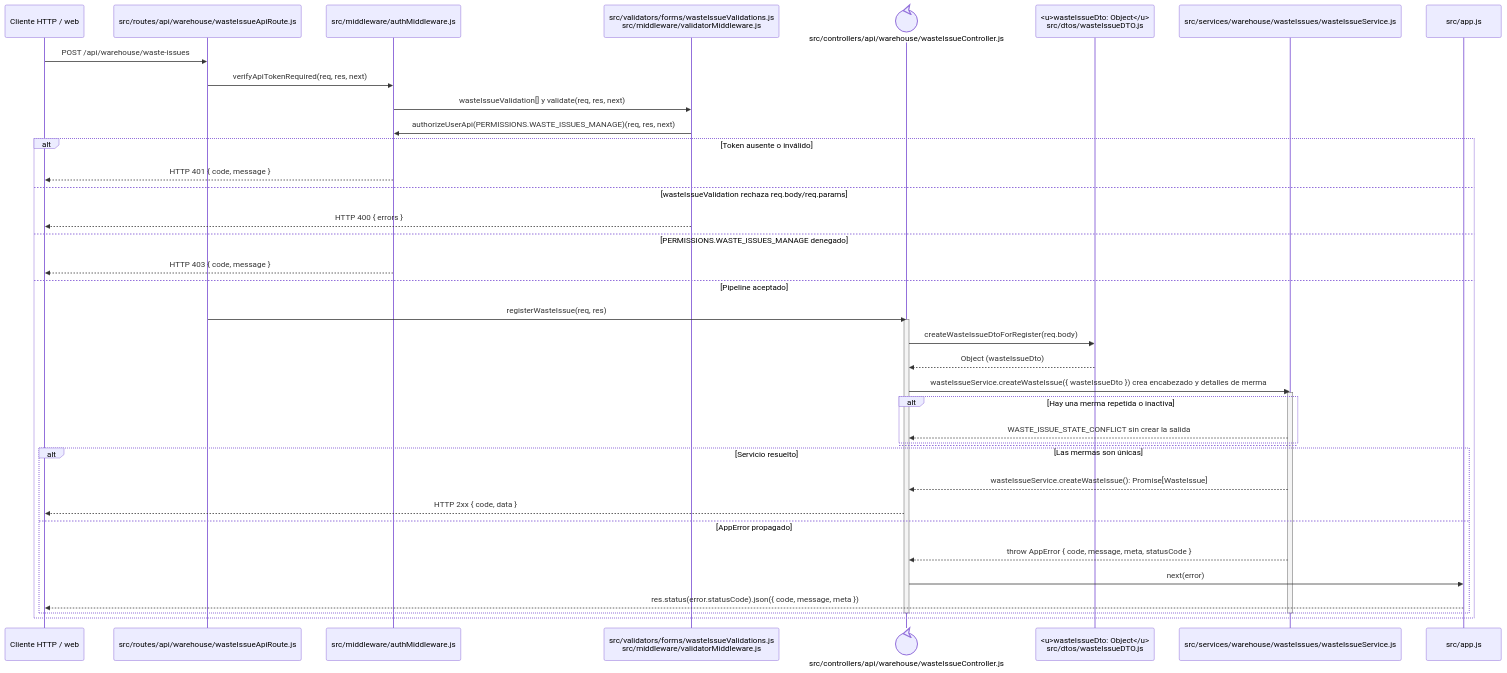
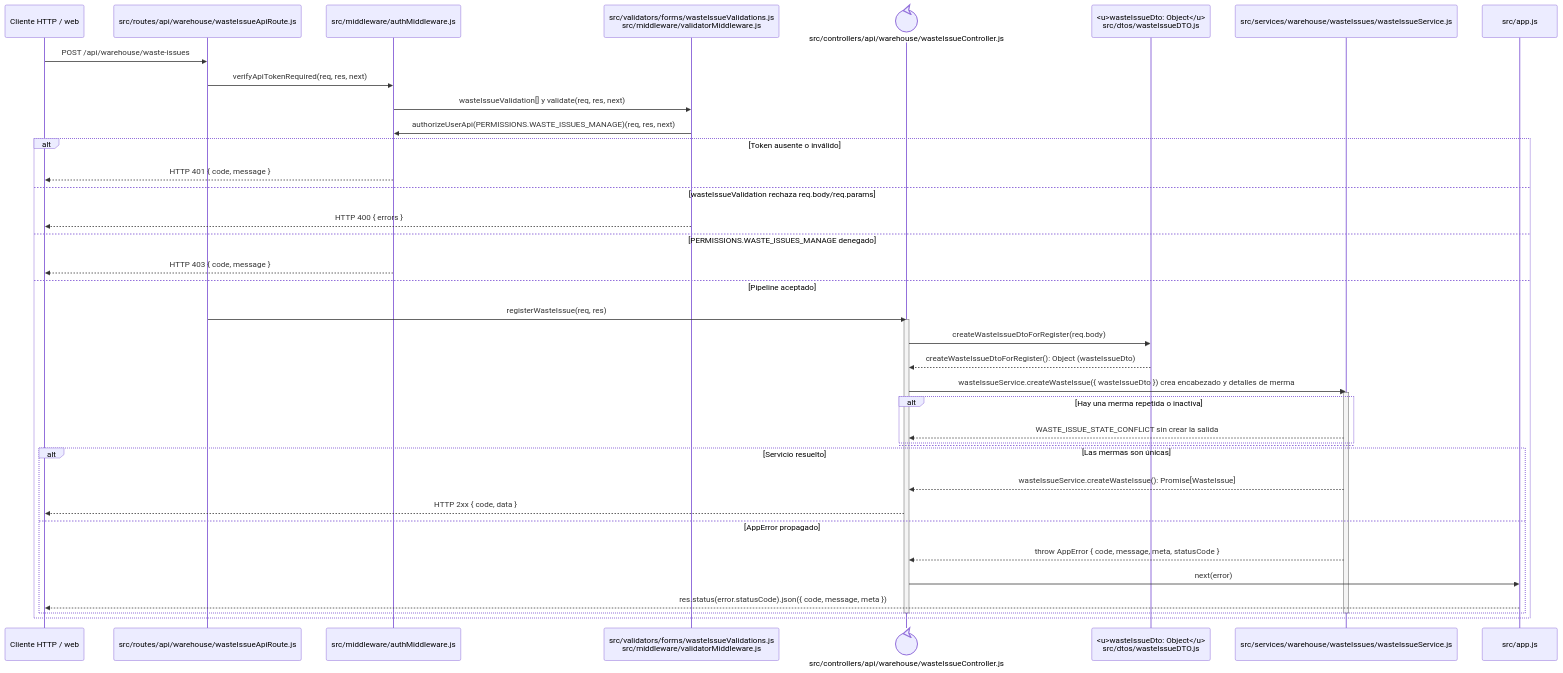
Before and after one commit to gpgsistemas01/nexus: the diagram in docs/architecture/backend-code-sequences/issues/cu-sal-09.md, drawn with Mermaid. The commit also changed 50 other files, not shown here.

Commit message:
docs: separar llamadas en diagramas de secuencia

````diff
--- a/docs/architecture/backend-code-sequences/issues/cu-sal-09.md
+++ b/docs/architecture/backend-code-sequences/issues/cu-sal-09.md
@@ -6,44 +6,44 @@
 ```mermaid
 sequenceDiagram
     participant Client as Cliente HTTP / web
     participant Route as src/routes/api/warehouse/wasteIssueApiRoute.js
     participant Auth as src/middleware/authMiddleware.js
     participant Validator as src/validators/forms/wasteIssueValidations.js<br/>src/middleware/validatorMiddleware.js
     participant Controller@{ "type": "control" } as src/controllers/api/warehouse/wasteIssueController.js
     participant IssueDto as <u>wasteIssueDto: Object</u><br/>src/dtos/wasteIssueDTO.js
     participant Domain as src/services/warehouse/wasteIssues/wasteIssueService.js
     participant ErrorHandler as src/app.js
 
     Client->>Route: POST /api/warehouse/waste-issues
     Route->>Auth: verifyApiTokenRequired(req, res, next)
     Auth->>Validator: wasteIssueValidation[] y validate(req, res, next)
     Validator->>Auth: authorizeUserApi(PERMISSIONS.WASTE_ISSUES_MANAGE)(req, res, next)
     alt Token ausente o inválido
         Auth-->>Client: HTTP 401 { code, message }
     else wasteIssueValidation rechaza req.body/req.params
         Validator-->>Client: HTTP 400 { errors }
     else PERMISSIONS.WASTE_ISSUES_MANAGE denegado
         Auth-->>Client: HTTP 403 { code, message }
     else Pipeline aceptado
         Route->>Controller: registerWasteIssue(req, res)
         activate Controller
         Controller->>IssueDto: createWasteIssueDtoForRegister(req.body)
-        IssueDto-->>Controller: Object (wasteIssueDto)
+        IssueDto-->>Controller: createWasteIssueDtoForRegister(): Object (wasteIssueDto)
         Controller->>Domain: wasteIssueService.createWasteIssue({ wasteIssueDto }) crea encabezado y detalles de merma
         activate Domain
         alt Hay una merma repetida o inactiva
             Domain-->>Controller: WASTE_ISSUE_STATE_CONFLICT sin crear la salida
         else Las mermas son únicas
         end
         alt Servicio resuelto
             Domain-->>Controller: wasteIssueService.createWasteIssue(): Promise[WasteIssue]
             Controller-->>Client: HTTP 2xx { code, data }
         else AppError propagado
             Domain-->>Controller: throw AppError { code, message, meta, statusCode }
             Controller->>ErrorHandler: next(error)
             ErrorHandler-->>Client: res.status(error.statusCode).json({ code, message, meta })
         end
         deactivate Domain
         deactivate Controller
     end
 ```
````
